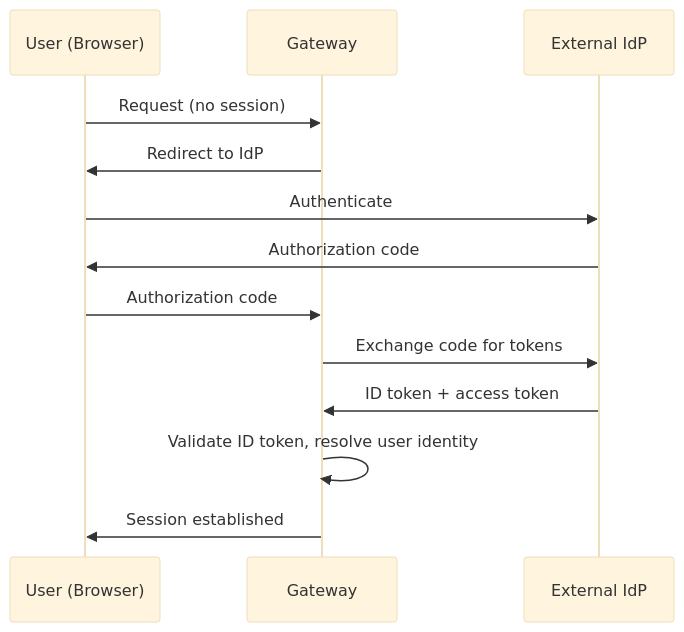
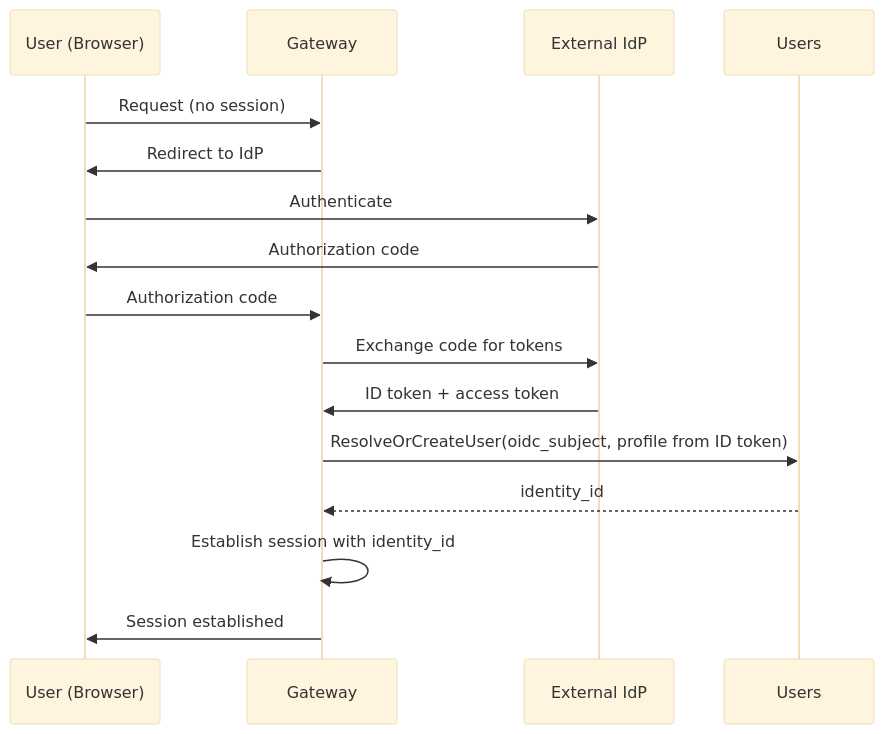
Before and after one commit to agynio/architecture: the first of 3 diagrams in architecture/authn.md, drawn with Mermaid (base theme). The commit also changed other lines of this file and 9 other files, not shown here.

First line of the commit message:
docs: add Users and Tenants services, unified identity model (#43)

````diff
--- a/architecture/authn.md
+++ b/architecture/authn.md
@@ -34,16 +38,19 @@
 ```mermaid
 sequenceDiagram
     participant U as User (Browser)
     participant GW as Gateway
     participant IdP as External IdP
+    participant US as Users
 
     U->>GW: Request (no session)
     GW->>U: Redirect to IdP
     U->>IdP: Authenticate
     IdP->>U: Authorization code
     U->>GW: Authorization code
     GW->>IdP: Exchange code for tokens
     IdP->>GW: ID token + access token
-    GW->>GW: Validate ID token, resolve user identity
+    GW->>US: ResolveOrCreateUser(oidc_subject, profile from ID token)
+    US-->>GW: identity_id
+    GW->>GW: Establish session with identity_id
     GW->>U: Session established
 ```
````
